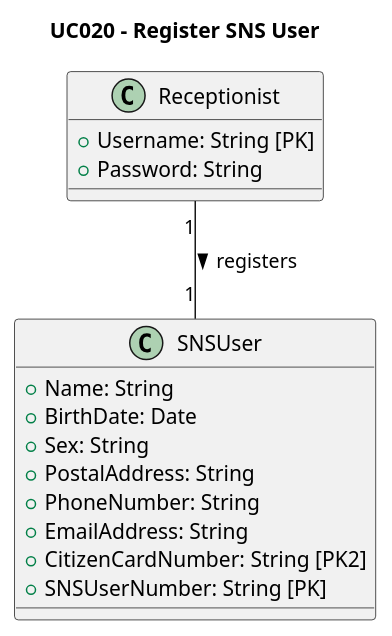
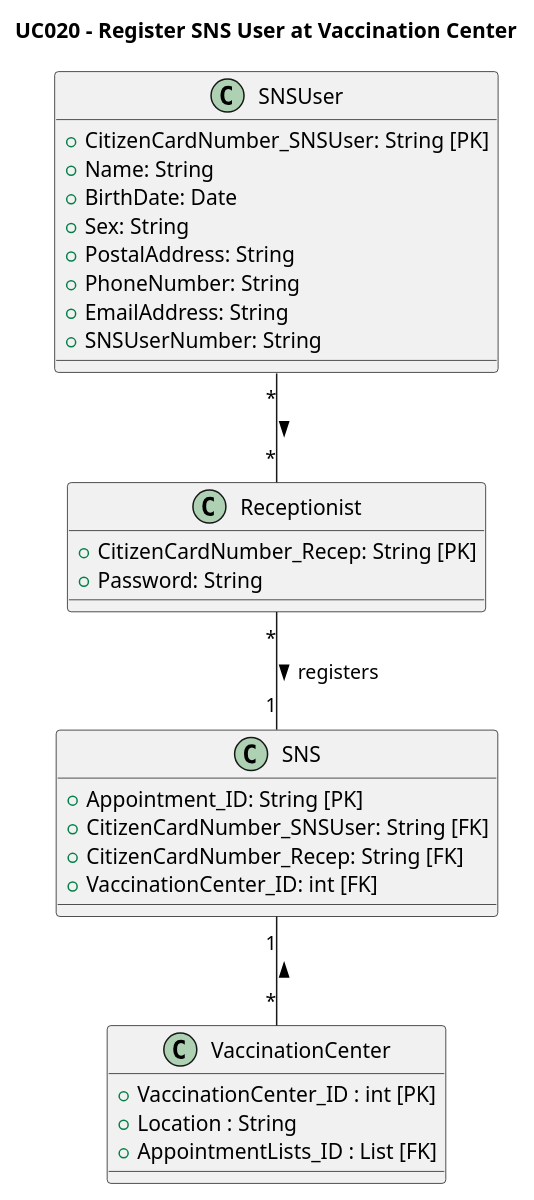
Before and after one commit to rafaafig/SnsTrab: the diagram in sns-base/doc/global/use-cases/UC020/ucd-UCD020.puml, drawn with PlantUML.

```diff
--- a/sns-base/doc/global/use-cases/UC020/ucd-UCD020.puml
+++ b/sns-base/doc/global/use-cases/UC020/ucd-UCD020.puml
@@ -1,26 +1,40 @@
 @startuml
 skinparam monochrome false
 skinparam shadowing false
 
-title UC020 - Register SNS User
+title UC020 - Register SNS User at Vaccination Center
 
+class VaccinationCenter {
+    + VaccinationCenter_ID : int [PK]
+    + Location : String
+    + AppointmentLists_ID : List [FK]
+}
 class Receptionist {
-    +Username: String [PK]
+    +CitizenCardNumber_Recep: String [PK]
     +Password: String
 }
 
 class SNSUser {
+    +CitizenCardNumber_SNSUser: String [PK]
     +Name: String
     +BirthDate: Date
     +Sex: String
     +PostalAddress: String
     +PhoneNumber: String
     +EmailAddress: String
-    +CitizenCardNumber: String [PK2]
-    +SNSUserNumber: String [PK]
+    +SNSUserNumber: String
+}
+class SNS {
+    +Appointment_ID: String [PK]
+    +CitizenCardNumber_SNSUser: String [FK]
+    +CitizenCardNumber_Recep: String [FK]
+    +VaccinationCenter_ID: int [FK]
 }
 
 ' Relationships
-Receptionist "1" -- "1" SNSUser : registers >
+SNSUser "*" -- "*" Receptionist : >
+Receptionist "*" -- "1" SNS : registers >
+SNS "1" -- "*" VaccinationCenter : <
+
 
 @enduml
```
